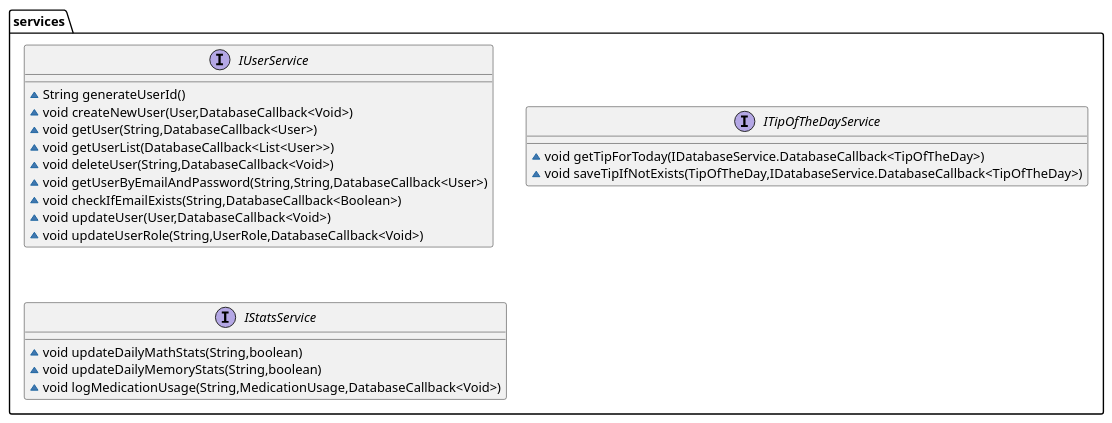
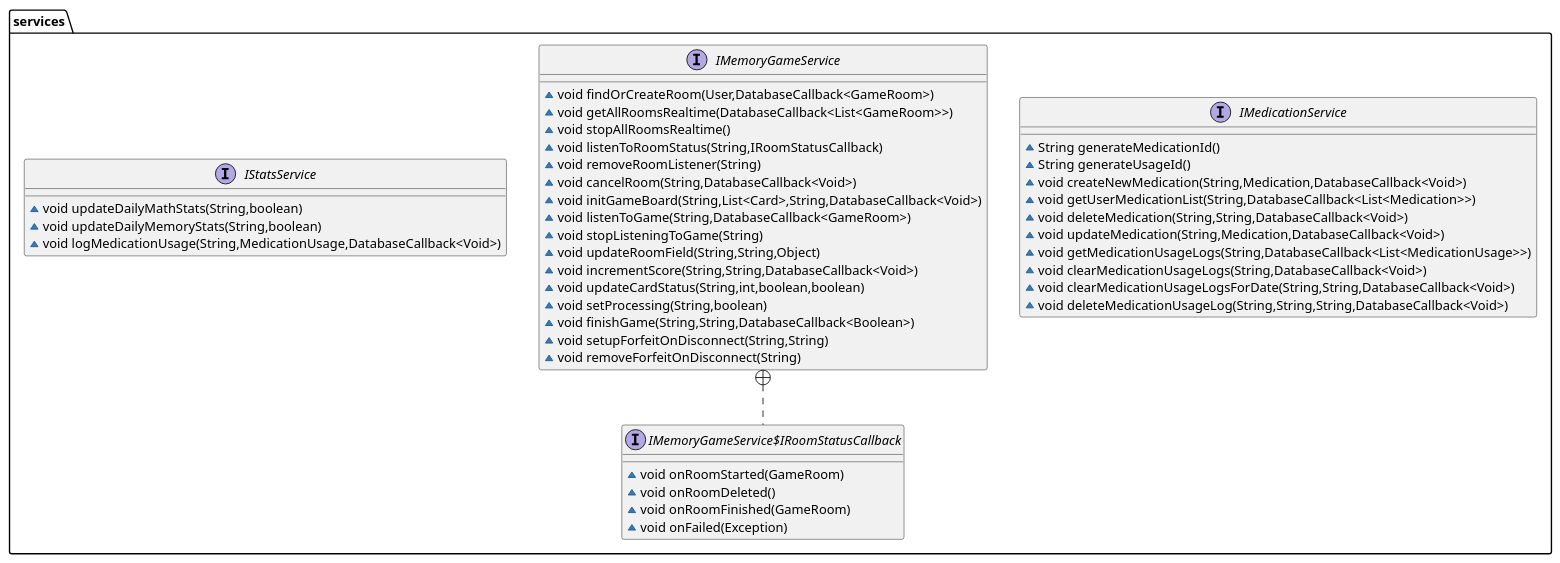
One commit to sagiv23/ShvilHazhav changed the diagram in umls/services4.puml. Above: the diagram before and after it, drawn with PlantUML. The commit also changed 11 other files, not shown here.

```diff
--- a/umls/services4.puml
+++ b/umls/services4.puml
@@ -1,25 +1,50 @@
 @startuml
-interface services.IUserService {
-~ String generateUserId()
-~ void createNewUser(User,DatabaseCallback<Void>)
-~ void getUser(String,DatabaseCallback<User>)
-~ void getUserList(DatabaseCallback<List<User>>)
-~ void deleteUser(String,DatabaseCallback<Void>)
-~ void getUserByEmailAndPassword(String,String,DatabaseCallback<User>)
-~ void checkIfEmailExists(String,DatabaseCallback<Boolean>)
-~ void updateUser(User,DatabaseCallback<Void>)
-~ void updateUserRole(String,UserRole,DatabaseCallback<Void>)
+interface services.IMedicationService {
+~ String generateMedicationId()
+~ String generateUsageId()
+~ void createNewMedication(String,Medication,DatabaseCallback<Void>)
+~ void getUserMedicationList(String,DatabaseCallback<List<Medication>>)
+~ void deleteMedication(String,String,DatabaseCallback<Void>)
+~ void updateMedication(String,Medication,DatabaseCallback<Void>)
+~ void getMedicationUsageLogs(String,DatabaseCallback<List<MedicationUsage>>)
+~ void clearMedicationUsageLogs(String,DatabaseCallback<Void>)
+~ void clearMedicationUsageLogsForDate(String,String,DatabaseCallback<Void>)
+~ void deleteMedicationUsageLog(String,String,String,DatabaseCallback<Void>)
 }
 
-interface services.ITipOfTheDayService {
-~ void getTipForToday(IDatabaseService.DatabaseCallback<TipOfTheDay>)
-~ void saveTipIfNotExists(TipOfTheDay,IDatabaseService.DatabaseCallback<TipOfTheDay>)
+interface services.IMemoryGameService {
+~ void findOrCreateRoom(User,DatabaseCallback<GameRoom>)
+~ void getAllRoomsRealtime(DatabaseCallback<List<GameRoom>>)
+~ void stopAllRoomsRealtime()
+~ void listenToRoomStatus(String,IRoomStatusCallback)
+~ void removeRoomListener(String)
+~ void cancelRoom(String,DatabaseCallback<Void>)
+~ void initGameBoard(String,List<Card>,String,DatabaseCallback<Void>)
+~ void listenToGame(String,DatabaseCallback<GameRoom>)
+~ void stopListeningToGame(String)
+~ void updateRoomField(String,String,Object)
+~ void incrementScore(String,String,DatabaseCallback<Void>)
+~ void updateCardStatus(String,int,boolean,boolean)
+~ void setProcessing(String,boolean)
+~ void finishGame(String,String,DatabaseCallback<Boolean>)
+~ void setupForfeitOnDisconnect(String,String)
+~ void removeForfeitOnDisconnect(String)
+}
+
+interface services.IMemoryGameService$IRoomStatusCallback {
+~ void onRoomStarted(GameRoom)
+~ void onRoomDeleted()
+~ void onRoomFinished(GameRoom)
+~ void onFailed(Exception)
 }
 
 interface services.IStatsService {
 ~ void updateDailyMathStats(String,boolean)
 ~ void updateDailyMemoryStats(String,boolean)
 ~ void logMedicationUsage(String,MedicationUsage,DatabaseCallback<Void>)
 }
 
+
+
+services.IMemoryGameService +.. services.IMemoryGameService$IRoomStatusCallback
 @enduml
```
